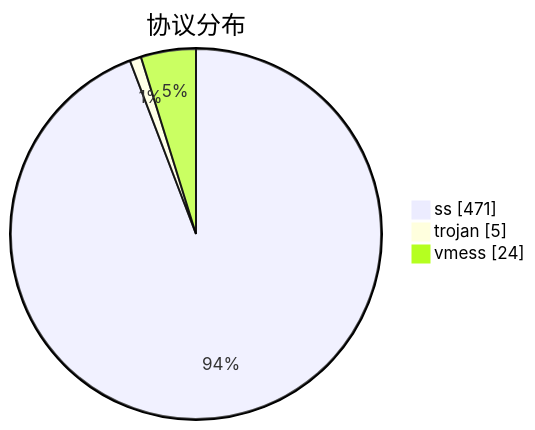
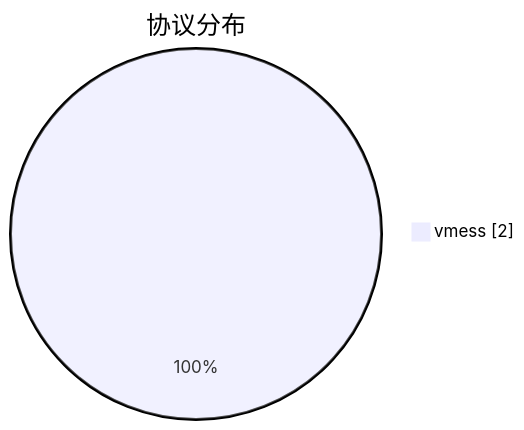
One commit to rxsweet/collectNodes changed the second of 2 diagrams in subs/merged/tested_within.md. Above: the diagram before and after it, drawn with Mermaid. The commit also changed other lines of this file and 2 other files, not shown here.

````diff
--- a/subs/merged/tested_within.md
+++ b/subs/merged/tested_within.md
@@ -15,7 +7,5 @@
 ```mermaid
 pie showData
 title 协议分布
-"ss" : 471
-"trojan" : 5
-"vmess" : 24
+"vmess" : 2
 ```
````
